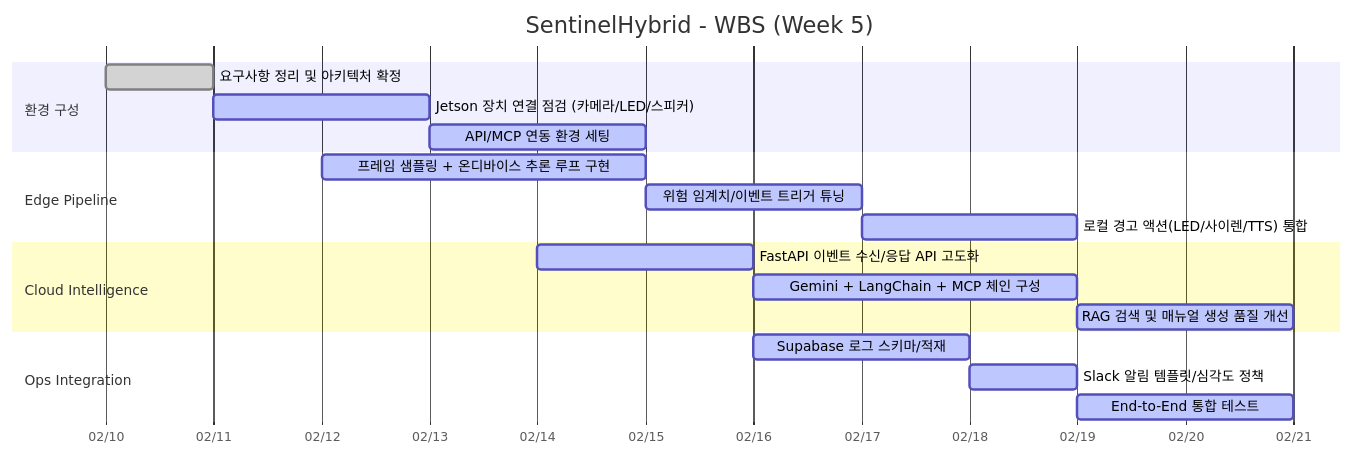
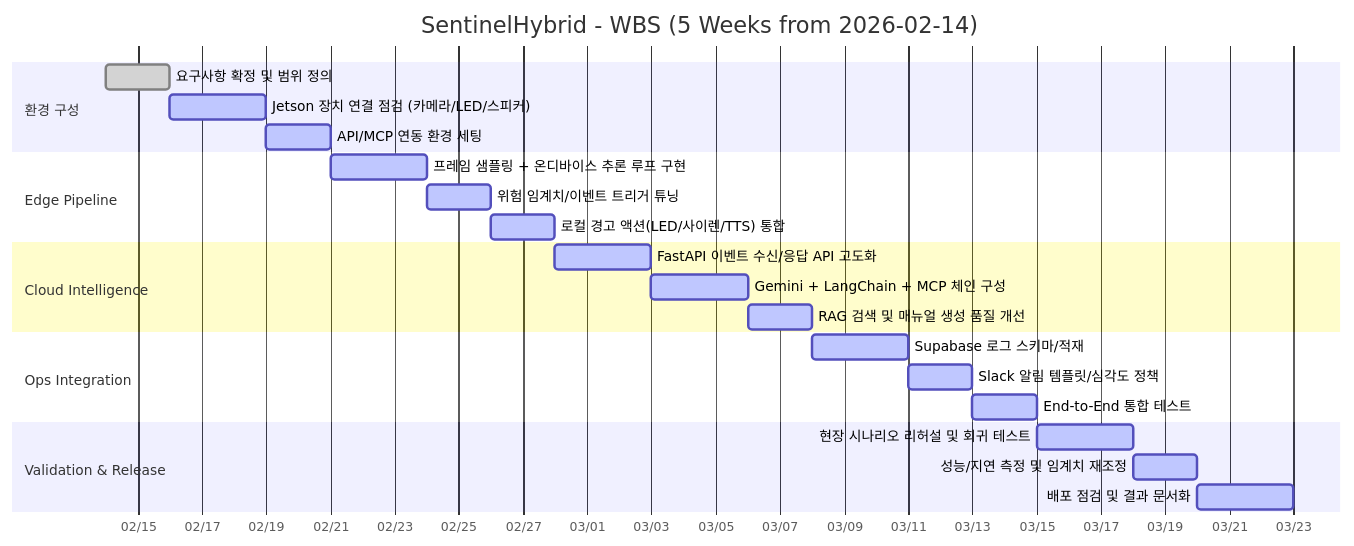
One commit to junn0s/SentinelHybrid changed the diagram in README.md. Above: the diagram before and after it, drawn with Mermaid. The commit also changed other lines of this file, not shown here.

Commit message:
Adjust gantt timeline to 5 weeks from current date

````diff
--- a/README.md
+++ b/README.md
@@ -140,26 +139,31 @@
 ```mermaid
 gantt
-    title SentinelHybrid - WBS (Week 5)
+    title SentinelHybrid - WBS (5 Weeks from 2026-02-14)
     dateFormat  YYYY-MM-DD
     axisFormat  %m/%d
 
     section 환경 구성
-    요구사항 정리 및 아키텍처 확정               :done,   a1, 2026-02-10, 1d
-    Jetson 장치 연결 점검 (카메라/LED/스피커)    :active, a2, after a1, 2d
-    API/MCP 연동 환경 세팅                        :active, a3, after a2, 2d
+    요구사항 확정 및 범위 정의                     :done,   a1, 2026-02-14, 2d
+    Jetson 장치 연결 점검 (카메라/LED/스피커)     :active, a2, after a1, 3d
+    API/MCP 연동 환경 세팅                         :active, a3, after a2, 2d
 
     section Edge Pipeline
-    프레임 샘플링 + 온디바이스 추론 루프 구현      :active, b1, 2026-02-12, 3d
+    프레임 샘플링 + 온디바이스 추론 루프 구현      :active, b1, after a3, 3d
     위험 임계치/이벤트 트리거 튜닝                 :active, b2, after b1, 2d
     로컬 경고 액션(LED/사이렌/TTS) 통합            :active, b3, after b2, 2d
 
     section Cloud Intelligence
-    FastAPI 이벤트 수신/응답 API 고도화            :active, c1, 2026-02-14, 2d
+    FastAPI 이벤트 수신/응답 API 고도화            :active, c1, after b3, 3d
     Gemini + LangChain + MCP 체인 구성             :active, c2, after c1, 3d
     RAG 검색 및 매뉴얼 생성 품질 개선              :active, c3, after c2, 2d
 
     section Ops Integration
-    Supabase 로그 스키마/적재                      :active, d1, 2026-02-16, 2d
-    Slack 알림 템플릿/심각도 정책                  :active, d2, after d1, 1d
-    End-to-End 통합 테스트                          :active, d3, after d2, 2d
+    Supabase 로그 스키마/적재                       :active, d1, after c3, 3d
+    Slack 알림 템플릿/심각도 정책                   :active, d2, after d1, 2d
+    End-to-End 통합 테스트                           :active, d3, after d2, 2d
+
+    section Validation & Release
+    현장 시나리오 리허설 및 회귀 테스트             :active, e1, after d3, 3d
+    성능/지연 측정 및 임계치 재조정                 :active, e2, after e1, 2d
+    배포 점검 및 결과 문서화                         :active, e3, after e2, 3d
 ```
````
